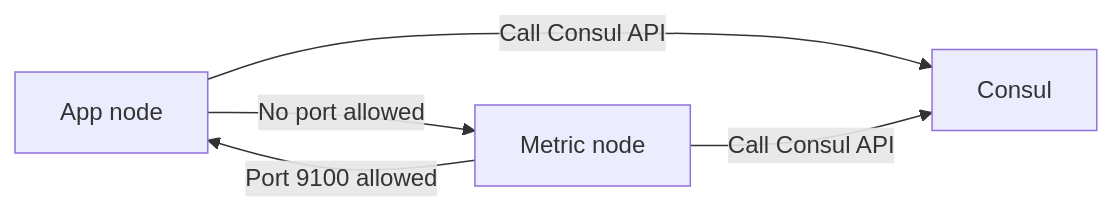
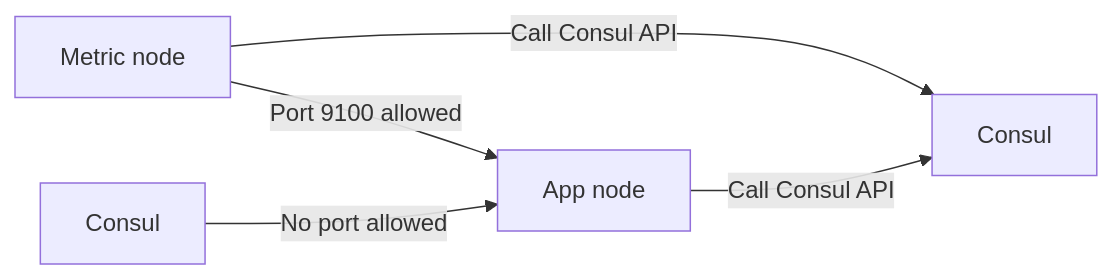
One commit to apentori/firewall-automation changed the diagram in readme.md. Above: the diagram before and after it, drawn with Mermaid.

Commit message:
Fix flowchart

`````diff
--- a/readme.md
+++ b/readme.md
@@ -38,12 +38,12 @@
 ````mermaid
 flowchart LR
   VM1[App node]
   VM2[Metric node]
   VM3[Consul]
 
   VM1-- Call Consul API --> VM3
   VM2-- Call Consul API --> VM3
   VM2 -- Port 9100 allowed --> VM1
-  VM1 -- No port allowed --> VM2
+  Consul -- No port allowed --> VM1
 
 ````
`````
